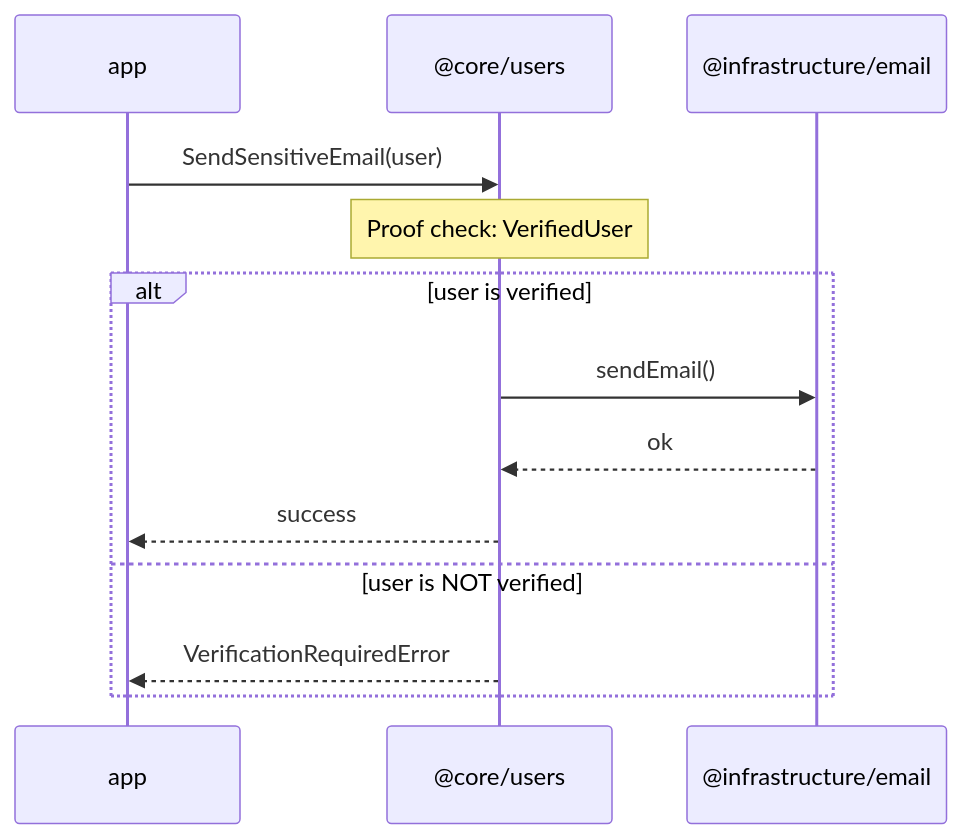
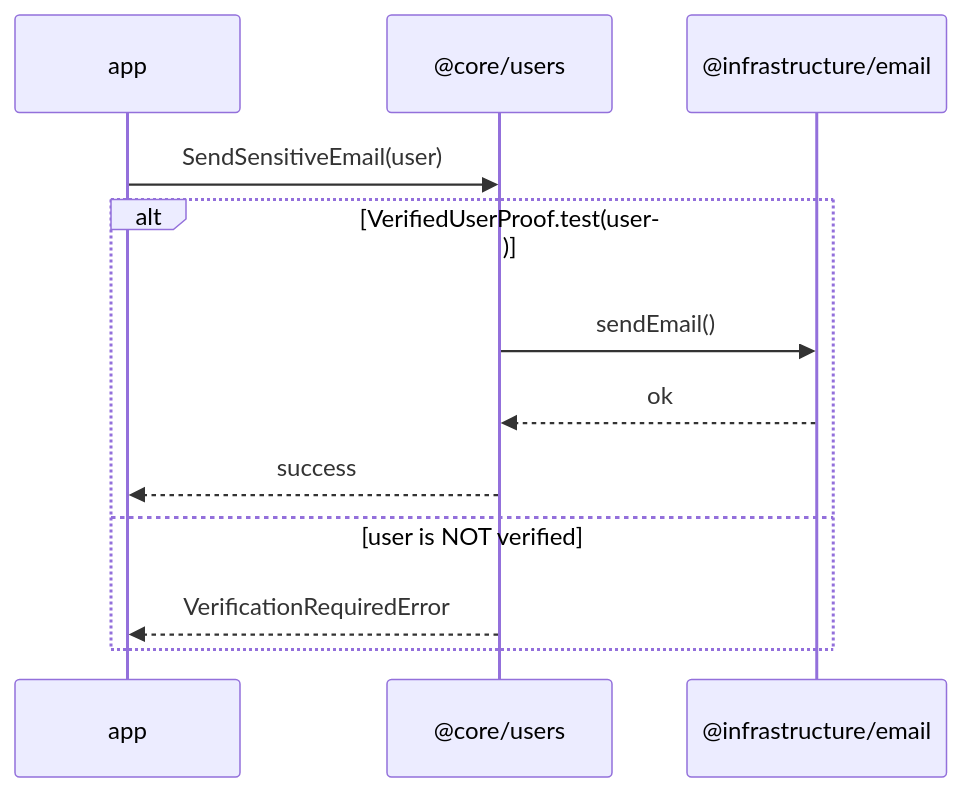
One commit to xndrjs/monorepo changed the first of 2 diagrams in .cursor/skills/clean-monorepo-feature-workflow/SKILL.md. Above: the diagram before and after it, drawn with Mermaid. The commit also changed other lines of this file and 5 other files, not shown here.

````diff
--- a/.cursor/skills/clean-monorepo-feature-workflow/SKILL.md
+++ b/.cursor/skills/clean-monorepo-feature-workflow/SKILL.md
@@ -126,18 +149,16 @@
 ```mermaid
 sequenceDiagram
     participant app
     participant core as @core/users
     participant infra as @infrastructure/email
 
     app->>core: SendSensitiveEmail(user)
 
-    Note over core: Proof check: VerifiedUser
-
-    alt user is verified
+    alt VerifiedUserProof.test(user)
         core->>infra: sendEmail()
         infra-->>core: ok
         core-->>app: success
     else user is NOT verified
         core-->>app: VerificationRequiredError
     end
 ```
````
